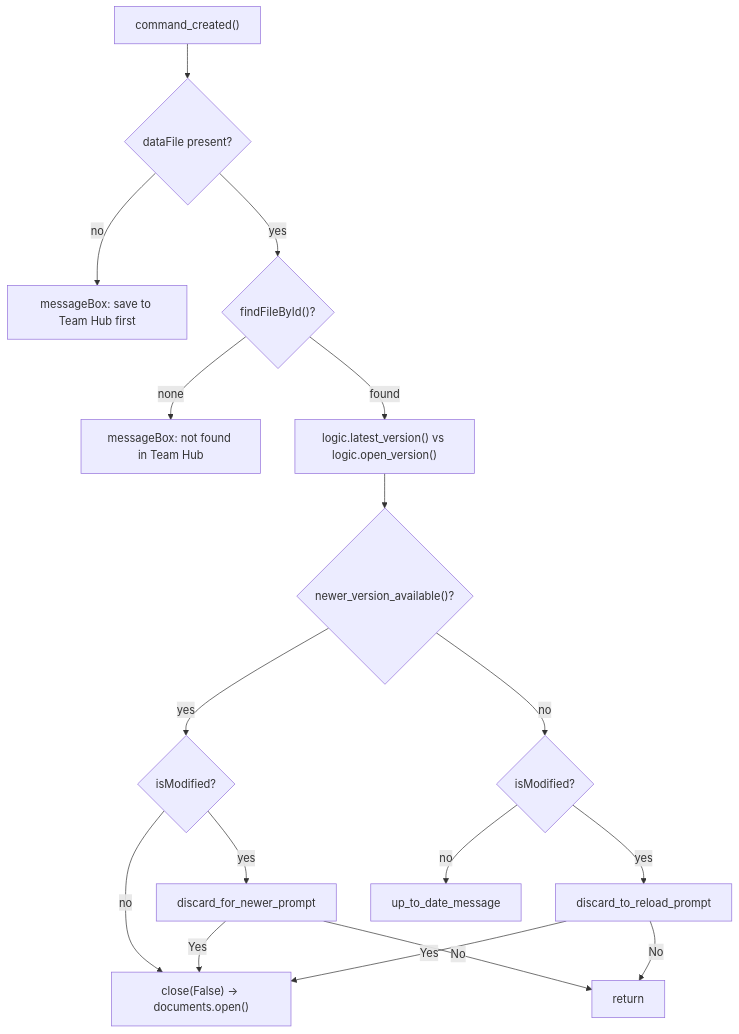
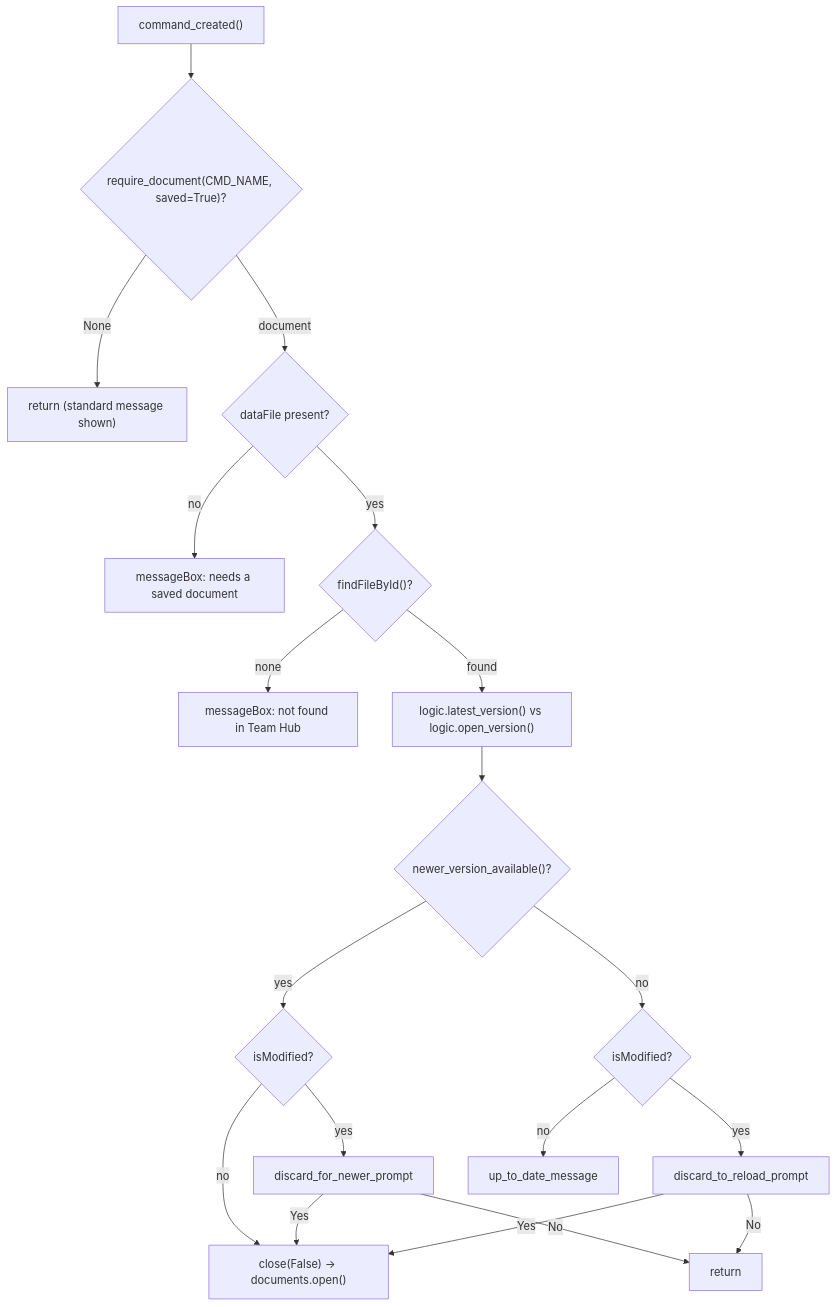
One commit to schneik80/PowerTools changed the diagram in docs/arch/Document Refresh.md. Above: the diagram before and after it, drawn with Mermaid. The commit also changed other lines of this file and 79 other files, not shown here.

````diff
--- a/docs/arch/Document Refresh.md
+++ b/docs/arch/Document Refresh.md
@@ -62,19 +62,21 @@
 ```mermaid
 flowchart TD
-  CC["command_created()"] --> DF{"dataFile present?"}
-  DF -->|no| M1["messageBox: save to Team Hub first"]
+  CC["command_created()"] --> RD{"require_document(CMD_NAME, saved=True)?"}
+  RD -->|None| M0["return (standard message shown)"]
+  RD -->|document| DF{"dataFile present?"}
+  DF -->|no| M1["messageBox: needs a saved document"]
   DF -->|yes| FF{"findFileById()?"}
   FF -->|none| M2["messageBox: not found in Team Hub"]
   FF -->|found| CMP["logic.latest_version() vs logic.open_version()"]
   CMP --> NEW{"newer_version_available()?"}
   NEW -->|yes| MOD1{"isModified?"}
   MOD1 -->|no| GO["close(False) → documents.open()"]
   MOD1 -->|yes| P1["discard_for_newer_prompt"]
   NEW -->|no| MOD2{"isModified?"}
   MOD2 -->|no| M3["up_to_date_message"]
   MOD2 -->|yes| P2["discard_to_reload_prompt"]
   P1 -->|Yes| GO
   P2 -->|Yes| GO
   P1 -->|No| END["return"]
   P2 -->|No| END
 ```
````
